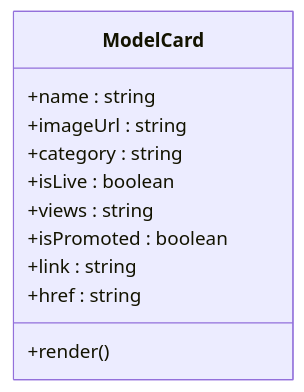
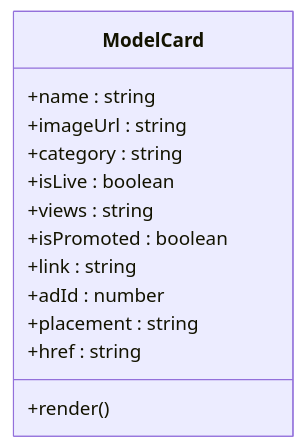
Diagram 11 of 19 in .qoder/repowiki/en/content/UI Component System/UI Component System.md (eromedrive2tb-gif/Avitrine), drawn with Mermaid before and after one commit. The commit also changed other lines of this file and 18 other files, not shown here.

````diff
--- a/.qoder/repowiki/en/content/UI Component System/UI Component System.md
+++ b/.qoder/repowiki/en/content/UI Component System/UI Component System.md
@@ -442,14 +466,16 @@
 ```mermaid
 classDiagram
 class ModelCard {
 +name : string
 +imageUrl : string
 +category : string
 +isLive : boolean
 +views : string
 +isPromoted : boolean
 +link : string
++adId : number
++placement : string
 +href : string
 +render()
 }
 ```
````
